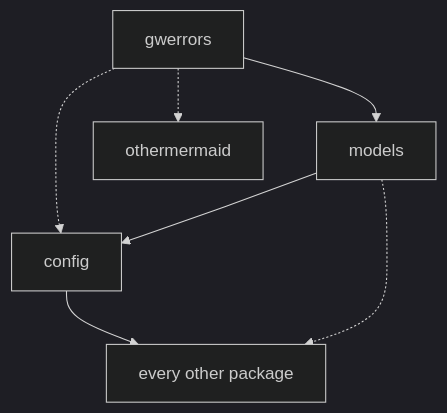
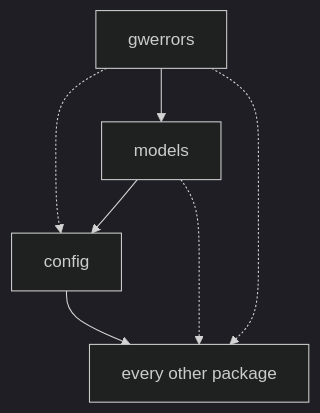
The first of 3 diagrams in README.md (SwissDataScienceCenter/renku-gateway), drawn with Mermaid (dark theme) before and after one commit. The commit also changed other lines of this file and 2 other files, not shown here.

Commit message:
squashme: apply suggestions from code review

````diff
--- a/README.md
+++ b/README.md
@@ -9,9 +9,9 @@
 ```mermaid
 flowchart TB
     gwerrors -.-> config
     gwerrors --> models
     models --> config
     config --> other[every other package]
     models -.-> other
-    gwerrors -.-> othermermaid
+    gwerrors -.-> other
 ```
````
